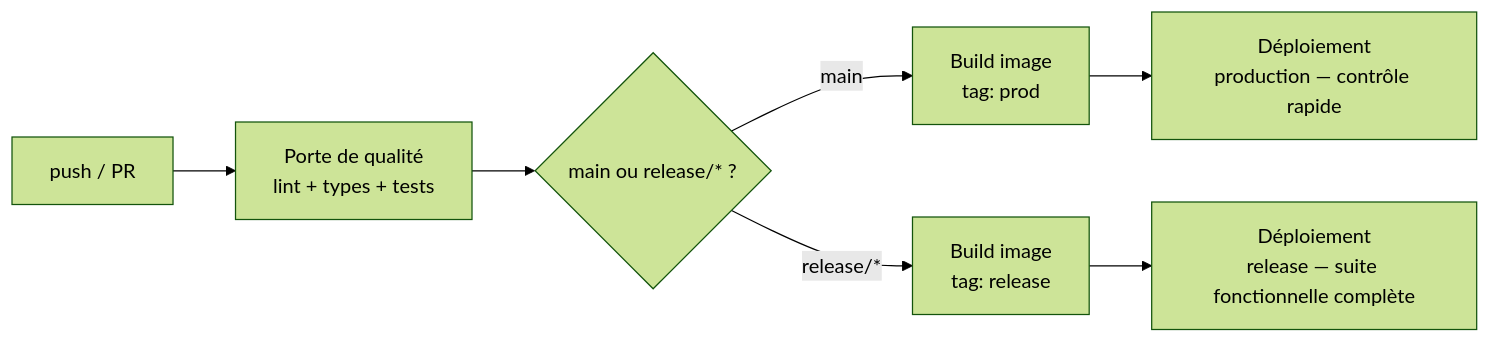
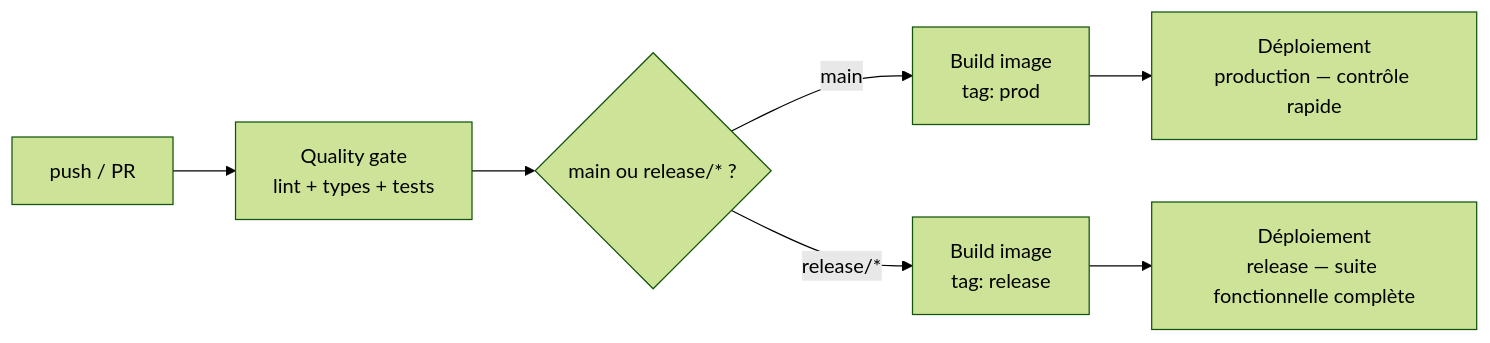
The first of 3 diagrams in docs/operations/deployment.md (lefevrk/OC-Confirmez-vos-competences-en-MLOps), drawn with Mermaid (forest theme) before and after one commit. The commit also changed other lines of this file and 1 other file, not shown here.

Commit message:
docs: rename "porte de qualité" to "quality gate"

````diff
--- a/docs/operations/deployment.md
+++ b/docs/operations/deployment.md
@@ -7,9 +7,9 @@
 ```mermaid
 flowchart LR
-    push[push / PR] --> gate[Porte de qualité<br/>lint + types + tests]
+    push[push / PR] --> gate[Quality gate<br/>lint + types + tests]
     gate --> target{main ou release/* ?}
     target -->|main| buildProd[Build image<br/>tag: prod]
     target -->|release/*| buildRelease[Build image<br/>tag: release]
     buildProd --> deployProd[Déploiement<br/>production — contrôle rapide]
     buildRelease --> deployRelease[Déploiement<br/>release — suite fonctionnelle complète]
 ```
````
